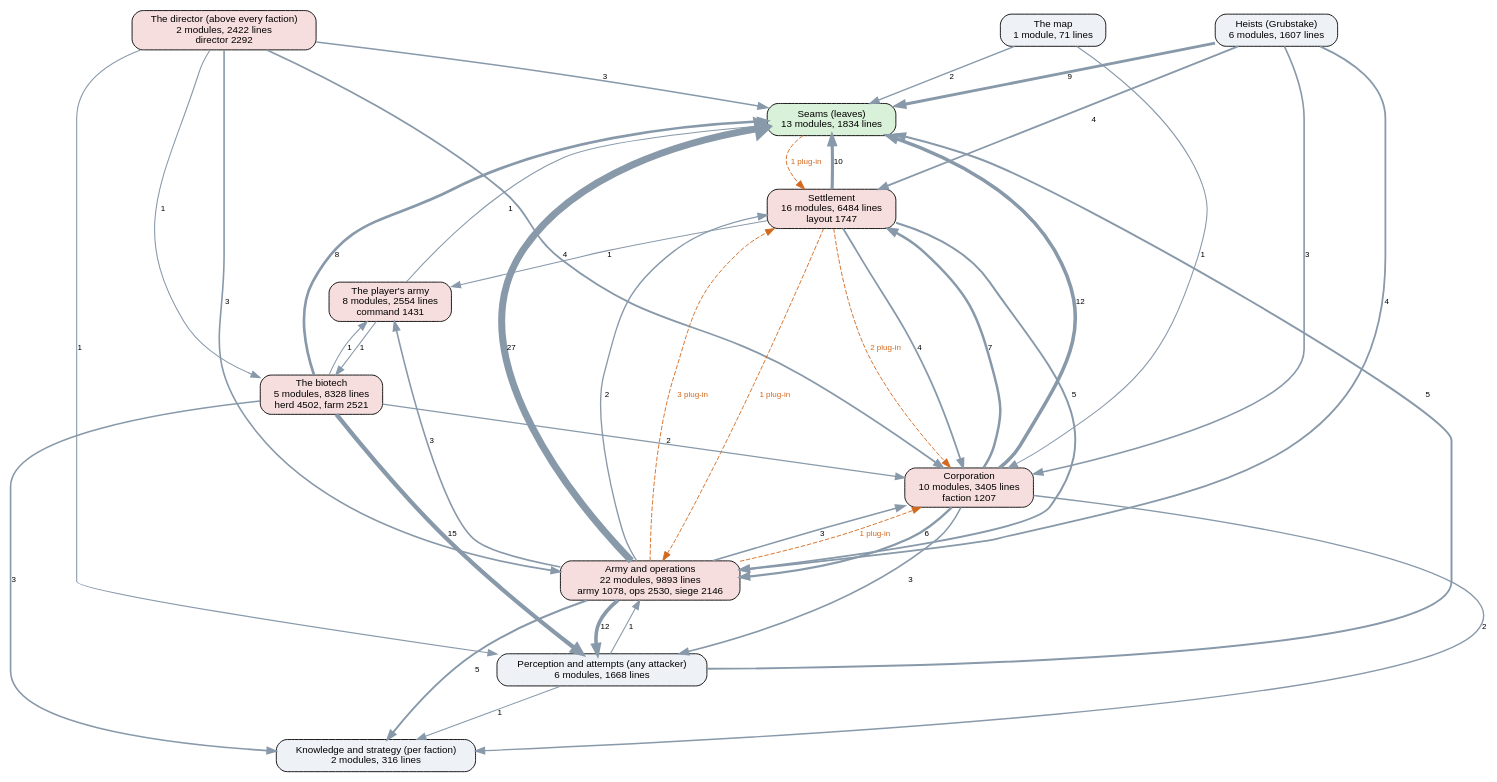
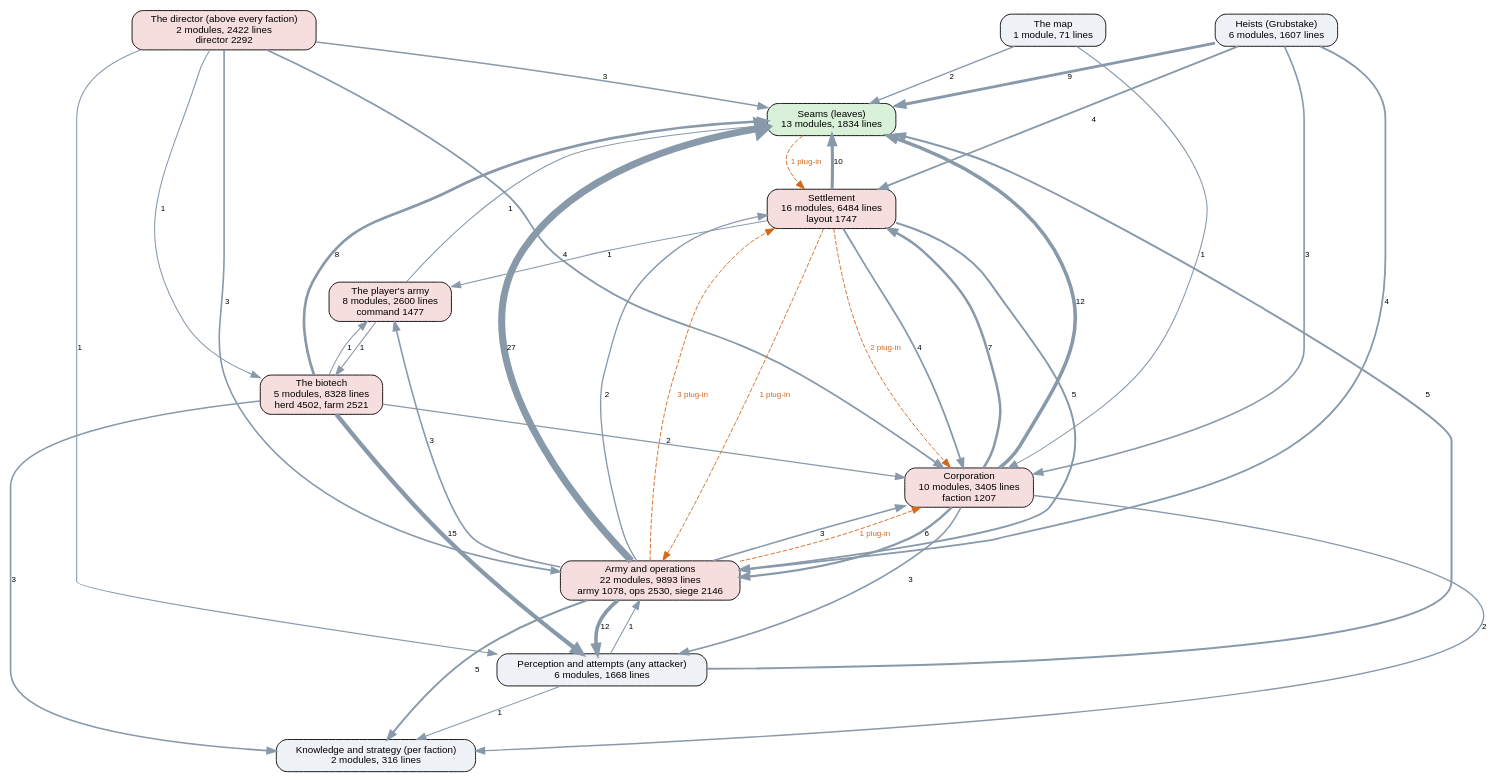
Before and after one commit to kinelhu/landing-party: the diagram in docs/ai-layers.dot, drawn with Graphviz. The commit also changed 15 other files, not shown here.

```diff
--- a/docs/ai-layers.dot
+++ b/docs/ai-layers.dot
@@ -1,57 +1,57 @@
 digraph layers {
   graph [rankdir=TB, fontname="Helvetica", nodesep=0.5, ranksep=0.7];
   node [shape=box, style="rounded,filled", fontname="Helvetica", fontsize=11, fillcolor="#eef2f7"];
   edge [color="#8899aa", fontname="Helvetica", fontsize=9];
   "Seams (leaves)" [label="Seams (leaves)\n13 modules, 1834 lines", fillcolor="#d9f0d9"];
   "Perception and attempts (any attacker)" [label="Perception and attempts (any attacker)\n6 modules, 1668 lines", fillcolor="#eef2f7"];
   "Knowledge and strategy (per faction)" [label="Knowledge and strategy (per faction)\n2 modules, 316 lines", fillcolor="#eef2f7"];
   "The director (above every faction)" [label="The director (above every faction)\n2 modules, 2422 lines\ndirector 2292", fillcolor="#f7dede"];
   "Corporation" [label="Corporation\n10 modules, 3405 lines\nfaction 1207", fillcolor="#f7dede"];
   "Settlement" [label="Settlement\n16 modules, 6484 lines\nlayout 1747", fillcolor="#f7dede"];
   "Army and operations" [label="Army and operations\n22 modules, 9893 lines\narmy 1078, ops 2530, siege 2146", fillcolor="#f7dede"];
   "Heists (Grubstake)" [label="Heists (Grubstake)\n6 modules, 1607 lines", fillcolor="#eef2f7"];
   "The biotech" [label="The biotech\n5 modules, 8328 lines\nherd 4502, farm 2521", fillcolor="#f7dede"];
   "The map" [label="The map\n1 module, 71 lines", fillcolor="#eef2f7"];
-  "The player's army" [label="The player's army\n8 modules, 2554 lines\ncommand 1431", fillcolor="#f7dede"];
+  "The player's army" [label="The player's army\n8 modules, 2600 lines\ncommand 1477", fillcolor="#f7dede"];
   "Army and operations" -> "Corporation" [label="3", penwidth=1.8];
   "Army and operations" -> "Knowledge and strategy (per faction)" [label="5", penwidth=2.2];
   "Army and operations" -> "Perception and attempts (any attacker)" [label="12", penwidth=4.0];
   "Army and operations" -> "Seams (leaves)" [label="27", penwidth=7.8];
   "Army and operations" -> "Settlement" [label="2", penwidth=1.5];
   "Army and operations" -> "The player's army" [label="3", penwidth=1.8];
   "Corporation" -> "Army and operations" [label="6", penwidth=2.5];
   "Corporation" -> "Knowledge and strategy (per faction)" [label="2", penwidth=1.5];
   "Corporation" -> "Perception and attempts (any attacker)" [label="3", penwidth=1.8];
   "Corporation" -> "Seams (leaves)" [label="12", penwidth=4.0];
   "Corporation" -> "Settlement" [label="7", penwidth=2.8];
   "Heists (Grubstake)" -> "Army and operations" [label="4", penwidth=2.0];
   "Heists (Grubstake)" -> "Corporation" [label="3", penwidth=1.8];
   "Heists (Grubstake)" -> "Seams (leaves)" [label="9", penwidth=3.2];
   "Heists (Grubstake)" -> "Settlement" [label="4", penwidth=2.0];
   "Perception and attempts (any attacker)" -> "Army and operations" [label="1", penwidth=1.2];
   "Perception and attempts (any attacker)" -> "Knowledge and strategy (per faction)" [label="1", penwidth=1.2];
   "Perception and attempts (any attacker)" -> "Seams (leaves)" [label="5", penwidth=2.2];
   "Settlement" -> "Army and operations" [label="5", penwidth=2.2];
   "Settlement" -> "Corporation" [label="4", penwidth=2.0];
   "Settlement" -> "Seams (leaves)" [label="10", penwidth=3.5];
   "Settlement" -> "The player's army" [label="1", penwidth=1.2];
   "The biotech" -> "Corporation" [label="2", penwidth=1.5];
   "The biotech" -> "Knowledge and strategy (per faction)" [label="3", penwidth=1.8];
   "The biotech" -> "Perception and attempts (any attacker)" [label="15", penwidth=4.8];
   "The biotech" -> "Seams (leaves)" [label="8", penwidth=3.0];
   "The biotech" -> "The player's army" [label="1", penwidth=1.2];
   "The director (above every faction)" -> "Army and operations" [label="3", penwidth=1.8];
   "The director (above every faction)" -> "Corporation" [label="4", penwidth=2.0];
   "The director (above every faction)" -> "Perception and attempts (any attacker)" [label="1", penwidth=1.2];
   "The director (above every faction)" -> "Seams (leaves)" [label="3", penwidth=1.8];
   "The director (above every faction)" -> "The biotech" [label="1", penwidth=1.2];
   "The map" -> "Corporation" [label="1", penwidth=1.2];
   "The map" -> "Seams (leaves)" [label="2", penwidth=1.5];
   "The player's army" -> "Seams (leaves)" [label="1", penwidth=1.2];
   "The player's army" -> "The biotech" [label="1", penwidth=1.2];
   "Army and operations" -> "Corporation" [style=dashed, color="#d2691e", fontcolor="#d2691e", label="1 plug-in"];
   "Army and operations" -> "Settlement" [style=dashed, color="#d2691e", fontcolor="#d2691e", label="3 plug-in"];
   "Seams (leaves)" -> "Settlement" [style=dashed, color="#d2691e", fontcolor="#d2691e", label="1 plug-in"];
   "Settlement" -> "Army and operations" [style=dashed, color="#d2691e", fontcolor="#d2691e", label="1 plug-in"];
   "Settlement" -> "Corporation" [style=dashed, color="#d2691e", fontcolor="#d2691e", label="2 plug-in"];
 }
```
